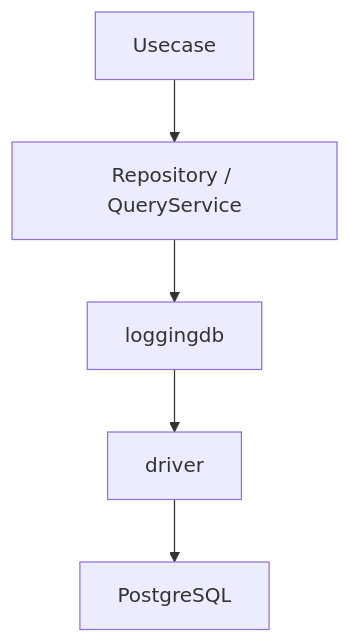
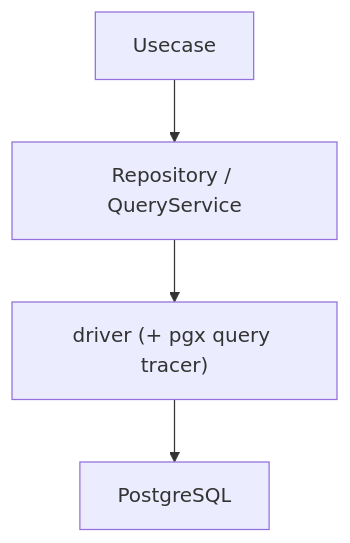
The first of 3 diagrams in internal/infrastructure/rdb/README.ja.md (Tomy-ch/go-boilerplate), drawn with Mermaid before and after one commit. The commit also changed other lines of this file and 15 other files, not shown here.

````diff
--- a/internal/infrastructure/rdb/README.ja.md
+++ b/internal/infrastructure/rdb/README.ja.md
@@ -24,4 +24,4 @@
 ```mermaid
 flowchart TB
-    Usecase --> Repo["Repository / QueryService"] --> Logging["loggingdb"] --> Driver["driver"] --> DB["PostgreSQL"]
+    Usecase --> Repo["Repository / QueryService"] --> Driver["driver (+ pgx query tracer)"] --> DB["PostgreSQL"]
 ```
````
